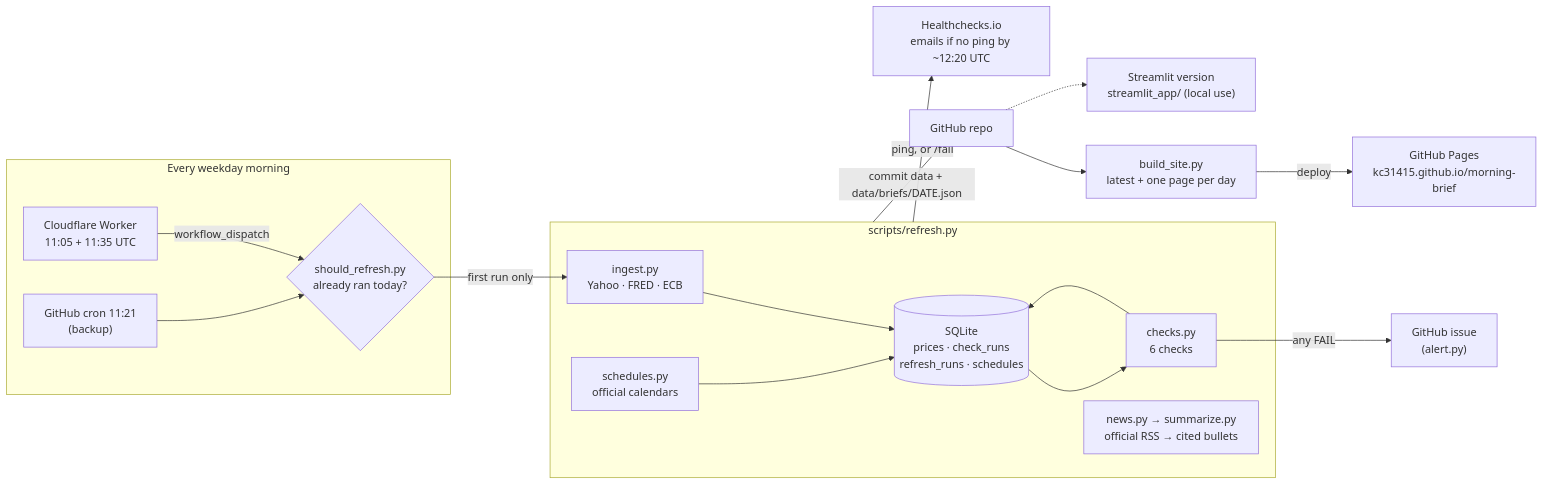
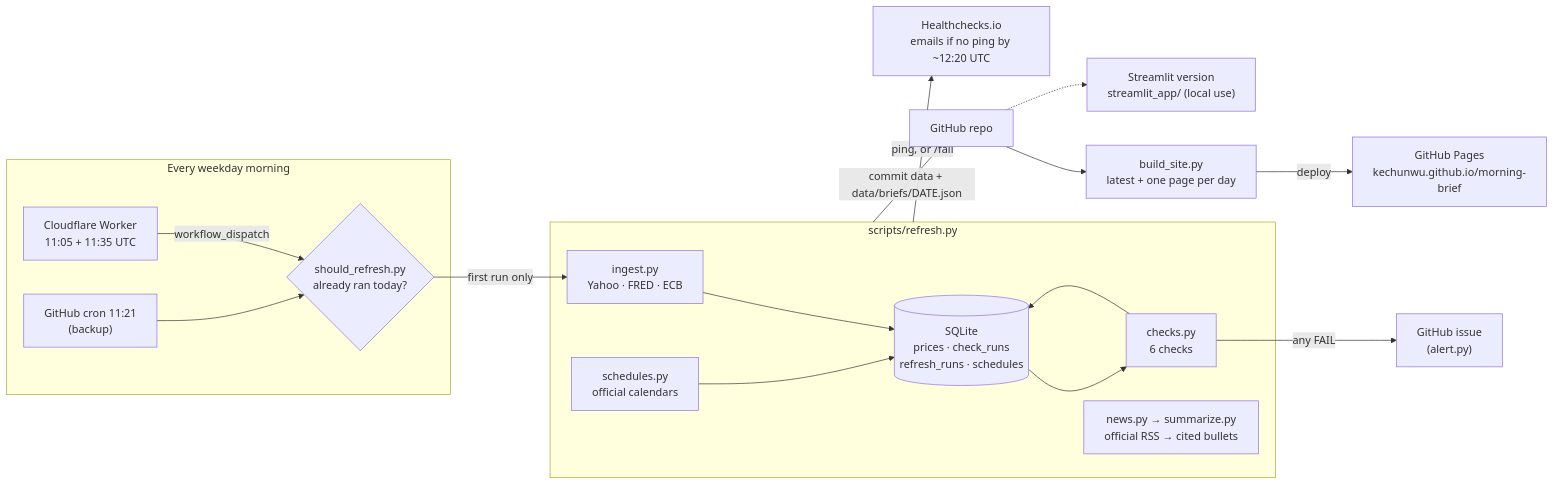
The diagram in README.md (KC31415/morning-brief), drawn with Mermaid before and after one commit. The commit also changed other lines of this file and 12 other files, not shown here.

First line of the commit message:
Update links for GitHub username change (KC31415 → kechunwu)

````diff
--- a/README.md
+++ b/README.md
@@ -59,22 +59,22 @@
 ```mermaid
 flowchart LR
     subgraph trigger["Every weekday morning"]
         W["Cloudflare Worker<br/>11:05 + 11:35 UTC"] -->|workflow_dispatch| G
         C["GitHub cron 11:21<br/>(backup)"] --> G
         G{"should_refresh.py<br/>already ran today?"}
     end
     G -->|first run only| R
     subgraph pipeline["scripts/refresh.py"]
         R["ingest.py<br/>Yahoo · FRED · ECB"] --> DB[("SQLite<br/>prices · check_runs<br/>refresh_runs · schedules")]
         DB --> K["checks.py<br/>6 checks"]
         K --> DB
         N["news.py → summarize.py<br/>official RSS → cited bullets"]
         S["schedules.py<br/>official calendars"] --> DB
     end
     K -->|any FAIL| I["GitHub issue<br/>(alert.py)"]
     pipeline -->|"commit data + data/briefs/DATE.json"| GH["GitHub repo"]
     pipeline -->|ping, or /fail| HC["Healthchecks.io<br/>emails if no ping by ~12:20 UTC"]
     GH --> B["build_site.py<br/>latest + one page per day"]
-    B -->|deploy| P["GitHub Pages<br/>kc31415.github.io/morning-brief"]
+    B -->|deploy| P["GitHub Pages<br/>kechunwu.github.io/morning-brief"]
     GH -.-> APP["Streamlit version<br/>streamlit_app/ (local use)"]
 ```
````
